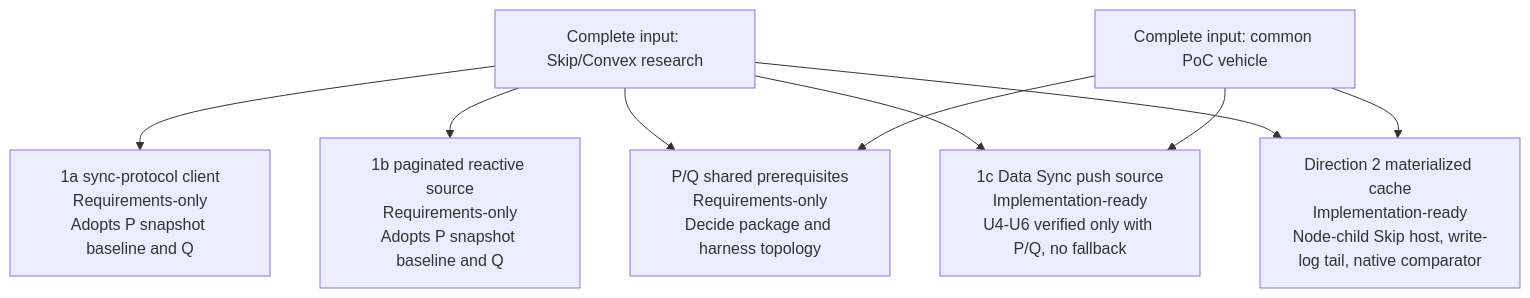
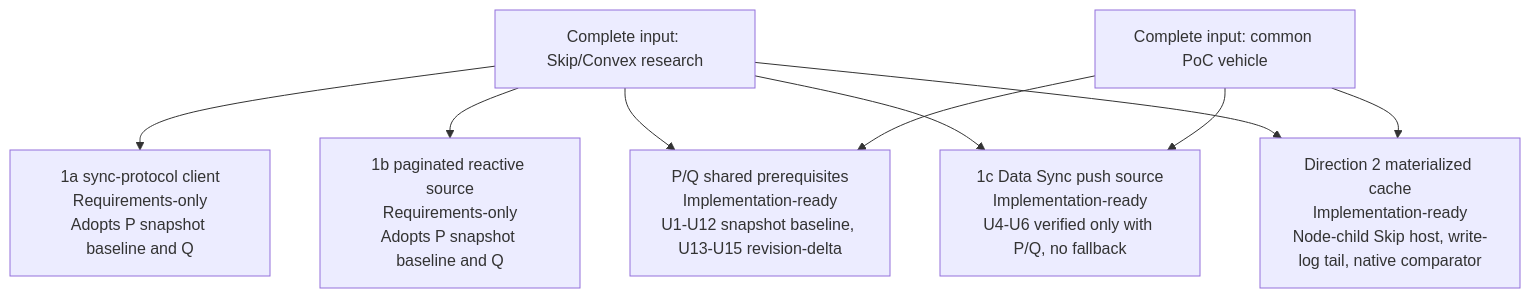
The first of 3 diagrams in docs/plans/planning-timeline.md (billf/convex-backend), drawn with Mermaid before and after one commit. The commit also changed other lines of this file and 3 other files, not shown here.

First line of the commit message:
Mark shared P/Q plan implementation-ready across the plan graph

````diff
--- a/docs/plans/planning-timeline.md
+++ b/docs/plans/planning-timeline.md
@@ -30,19 +30,19 @@
 ```mermaid
 flowchart TB
   research["Complete input: Skip/Convex research"]
   vehicle["Complete input: common PoC vehicle"]
   oneA["1a sync-protocol client\nRequirements-only\nAdopts P snapshot baseline and Q"]
   oneB["1b paginated reactive source\nRequirements-only\nAdopts P snapshot baseline and Q"]
-  shared["P/Q shared prerequisites\nRequirements-only\nDecide package and harness topology"]
+  shared["P/Q shared prerequisites\nImplementation-ready\nU1-U12 snapshot baseline, U13-U15 revision-delta"]
   oneC["1c Data Sync push source\nImplementation-ready\nU4-U6 verified only with P/Q, no fallback"]
   two["Direction 2 materialized cache\nImplementation-ready\nNode-child Skip host, write-log tail, native comparator"]
 
   research --> oneA
   research --> oneB
   research --> shared
   research --> oneC
   research --> two
   vehicle --> shared
   vehicle --> oneC
   vehicle --> two
 ```
````
